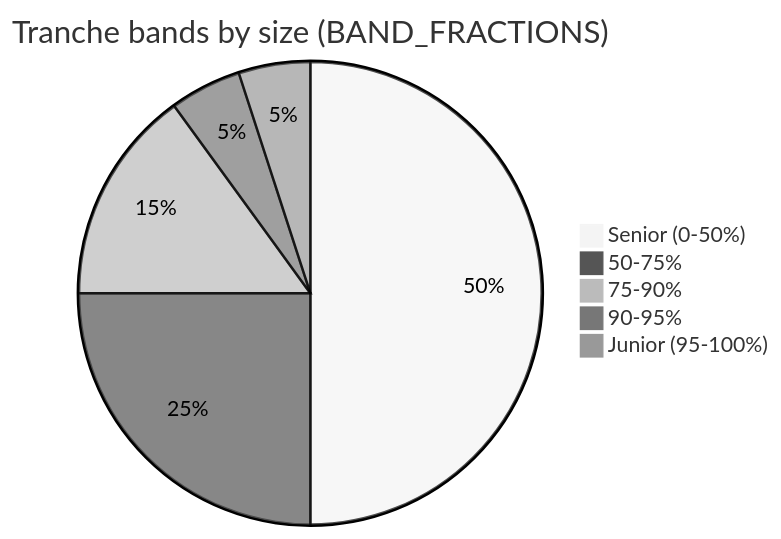
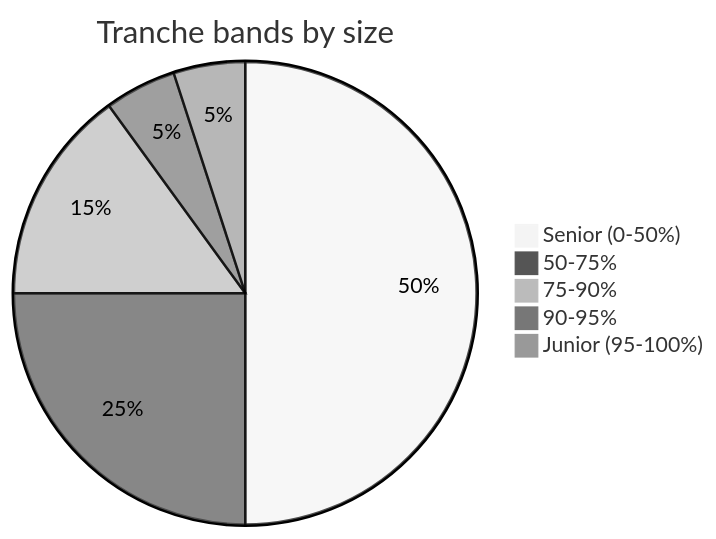
The first of 3 diagrams in docs-site/docs/mental-model-1.md (matzayonc/aging), drawn with Mermaid (neutral theme) before and after one commit. The commit also changed other lines of this file and 2 other files, not shown here.

````diff
--- a/docs-site/docs/mental-model-1.md
+++ b/docs-site/docs/mental-model-1.md
@@ -39,8 +37,8 @@
 ```mermaid
-pie title Tranche bands by size (BAND_FRACTIONS)
+pie title Tranche bands by size
     "Senior (0-50%)" : 50
     "50-75%" : 25
     "75-90%" : 15
     "90-95%" : 5
     "Junior (95-100%)" : 5
 ```
````
